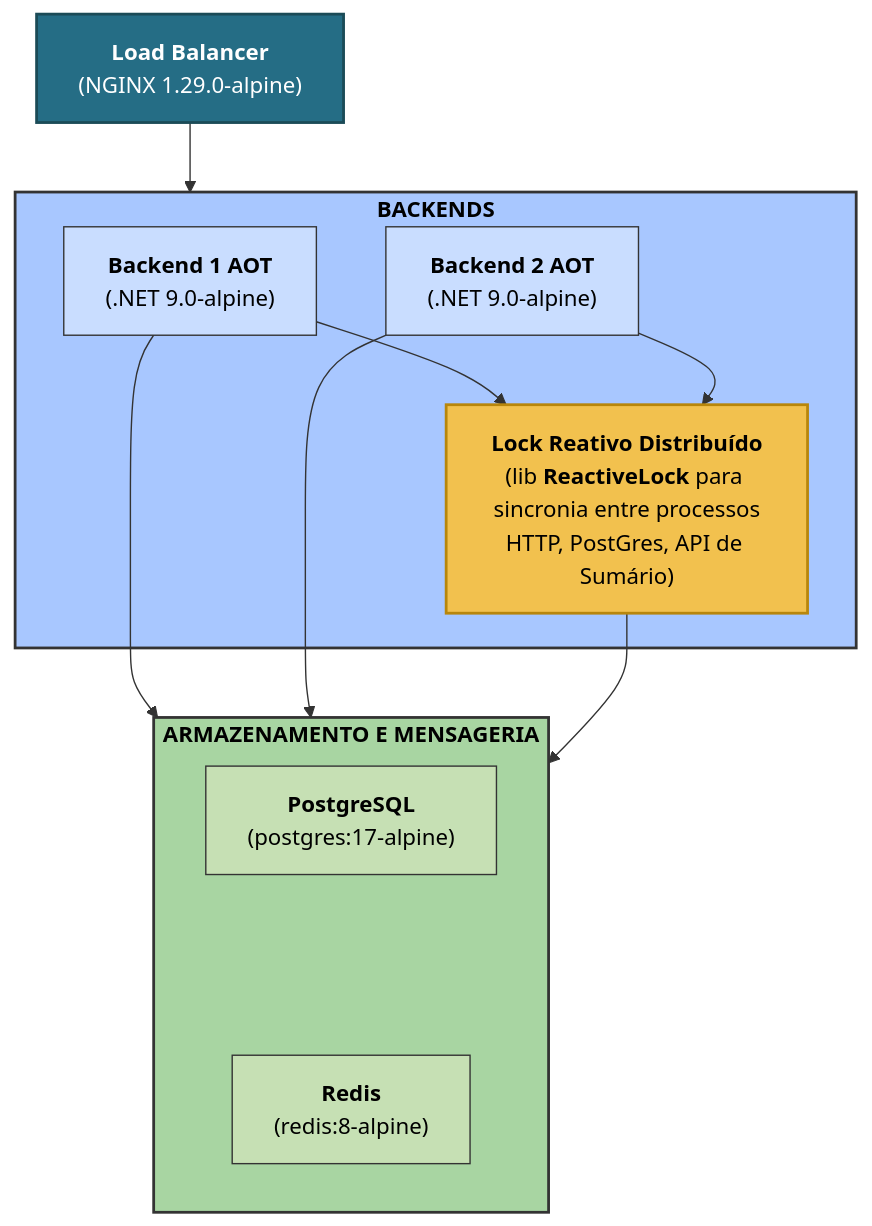
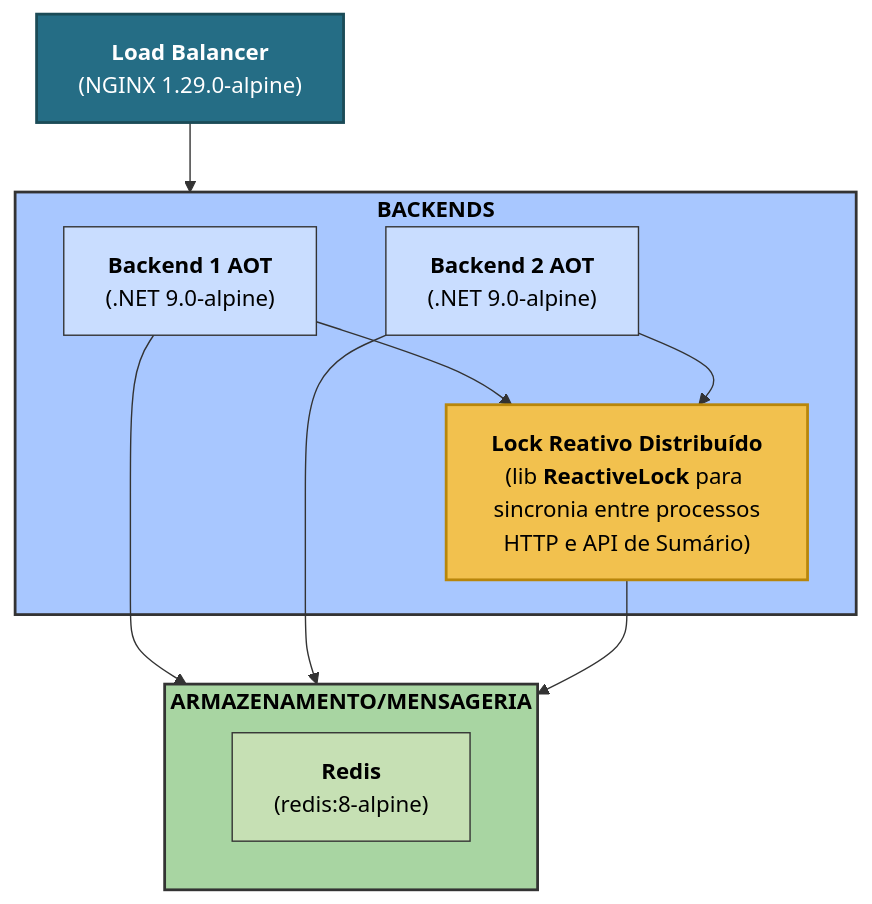
The diagram in README.md (micheloliveira-com/rinha-de-backend-2025-dotnet-csharp-redis-grpc), drawn with Mermaid before and after one commit. The commit also changed other lines of this file and 9 other files, not shown here.

````diff
--- a/README.md
+++ b/README.md
@@ -45,43 +47,37 @@
 ```mermaid
-
 graph TD
   loadBalancer["<b>Load Balancer</b><br />(NGINX 1.29.0-alpine)"]
 
   subgraph backendsGroup["<b>BACKENDS</b>"]
     backend1["<b>Backend 1 AOT</b><br />(.NET 9.0-alpine)"]
     backend2["<b>Backend 2 AOT</b><br />(.NET 9.0-alpine)"]
-    reactiveLock["<b>Lock Reativo Distribuído</b><br/>(lib <b>ReactiveLock</b> para sincronia entre processos<br/>HTTP, PostGres, API de Sumário)"]
+    reactiveLock["<b>Lock Reativo Distribuído</b><br/>(lib <b>ReactiveLock</b> para sincronia entre processos<br/>HTTP e API de Sumário)"]
   end
 
-  subgraph storageGroup["<b>ARMAZENAMENTO E MENSAGERIA</b>"]
-    postgres["<b>PostgreSQL</b><br />(postgres:17-alpine)"]
-    spacer[" "]:::invisible
+  subgraph storageGroup["<b>ARMAZENAMENTO/MENSAGERIA</b>"]
     redis["<b>Redis</b><br />(redis:8-alpine)"]
   end
 
   loadBalancer --> backendsGroup
 
   backend1 --> storageGroup
   backend2 --> storageGroup
 
   backend1 --> reactiveLock
   backend2 --> reactiveLock
 
   reactiveLock --> storageGroup
 
   classDef invisible fill:none,stroke:none;
 
   %% Estilos de cor
   style loadBalancer fill:#256D85,stroke:#1B4B57,stroke-width:2px,color:#FFFFFF
 
   style backendsGroup fill:#a8c7ff,stroke:#333,stroke-width:2px,color:#000
   style backend1 fill:#c9ddff,stroke:#333,stroke-width:1px,color:#000
   style backend2 fill:#c9ddff,stroke:#333,stroke-width:1px,color:#000
   style reactiveLock fill:#f2c14e,stroke:#b8860b,stroke-width:2px,color:#000
 
   style storageGroup fill:#a8d5a2,stroke:#333,stroke-width:2px,color:#000
-  style postgres fill:#c6e0b4,stroke:#333,stroke-width:1px,color:#000
   style redis fill:#c6e0b4,stroke:#333,stroke-width:1px,color:#000
-  
-
 ```
````
